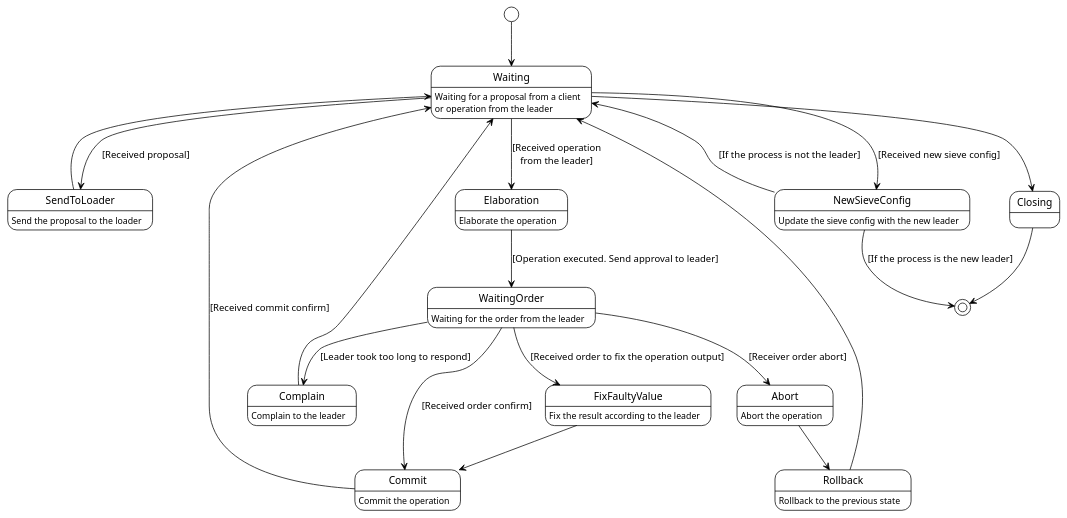
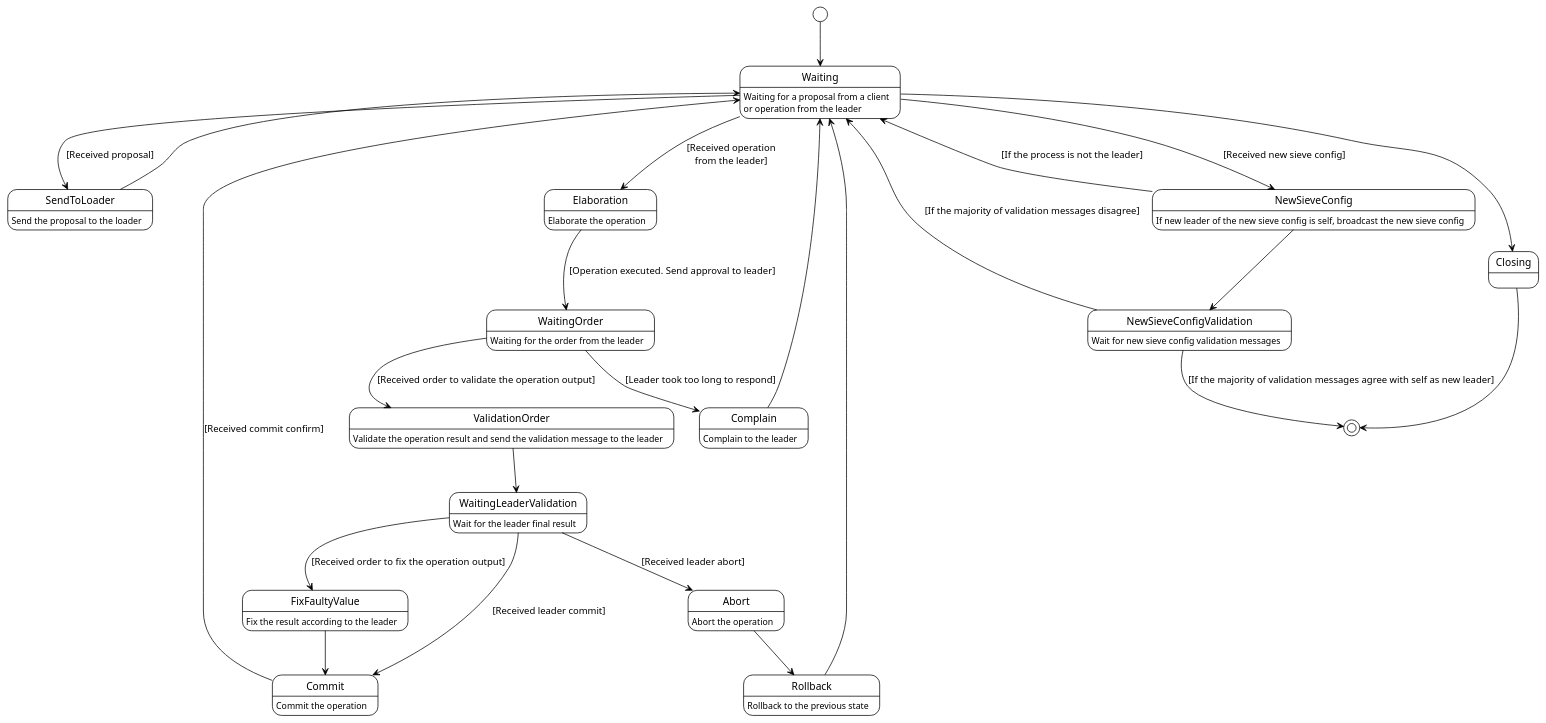
One commit to CrazyPingu/sieve-protocol changed the diagram in doc/UML/slaveUML.plantuml. Above: the diagram before and after it, drawn with PlantUML. The commit also changed 39 other files, not shown here.

```diff
--- a/doc/UML/slaveUML.plantuml
+++ b/doc/UML/slaveUML.plantuml
@@ -1,58 +1,73 @@
 @startuml slave
 !theme plain
 
 Waiting : Waiting for a proposal from a client\nor operation from the leader
 SendToLoader : Send the proposal to the loader
 'AddToQueue : Add operation to the queue (I)
 Elaboration : Elaborate the operation
 WaitingOrder : Waiting for the order from the leader
 Complain : Complain to the leader
 Commit : Commit the operation
 Abort : Abort the operation
 Rollback : Rollback to the previous state
 FixFaultyValue : Fix the result according to the leader
-NewSieveConfig : Update the sieve config with the new leader
+NewSieveConfig : If new leader of the new sieve config is self, broadcast the new sieve config
+NewSieveConfigValidation : Wait for new sieve config validation messages
+ValidationOrder : Validate the operation result and send the validation message to the leader
+WaitingLeaderValidation : Wait for the leader final result
 
 
 [*] --> Waiting
 
 Waiting --> SendToLoader: [Received proposal]
 
 SendToLoader --> Waiting
 
 Waiting --> Elaboration : [Received operation\nfrom the leader]
 
 'Waiting --> AddToQueue : [Received operation\nfrom the leader]
 
 'AddToQueue --> Elaboration
 
 Elaboration --> WaitingOrder : [Operation executed. Send approval to leader]
 
 WaitingOrder --> Complain : [Leader took too long to respond]
 
-WaitingOrder --> Commit : [Received order confirm]
+'WaitingOrder --> Commit : [Received order confirm]
 
-WaitingOrder --> Abort : [Receiver order abort]
+WaitingOrder --> ValidationOrder : [Received order to validate the operation output]
 
-WaitingOrder --> FixFaultyValue : [Received order to fix the operation output]
+ValidationOrder --> WaitingLeaderValidation
+
+WaitingLeaderValidation --> Commit : [Received leader commit]
+
+WaitingLeaderValidation --> Abort : [Received leader abort]
+
+'WaitingOrder --> Abort : [Receiver order abort]
+
+WaitingLeaderValidation --> FixFaultyValue : [Received order to fix the operation output]
 
 FixFaultyValue --> Commit
 
 Commit --> Waiting : [Received commit confirm]
 
 Abort --> Rollback
 
 Complain --> Waiting
 
 Rollback --> Waiting
 
 Waiting -->NewSieveConfig : [Received new sieve config]
 
 NewSieveConfig --> Waiting : [If the process is not the leader]
 
-NewSieveConfig --> [*] : [If the process is the new leader]
+NewSieveConfig --> NewSieveConfigValidation
+
+NewSieveConfigValidation --> Waiting : [If the majority of validation messages disagree]
+
+NewSieveConfigValidation --> [*] : [If the majority of validation messages agree with self as new leader]
 
 Waiting --> Closing
 
 Closing --> [*]
 @enduml
```
